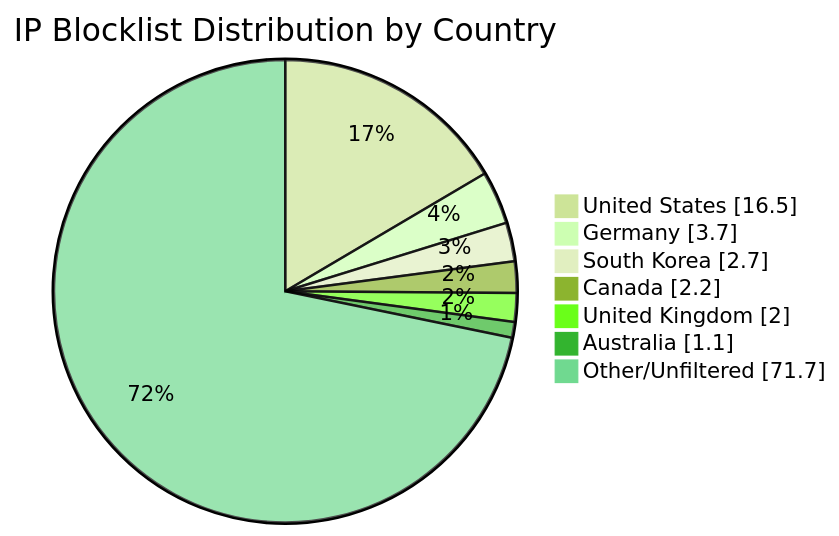
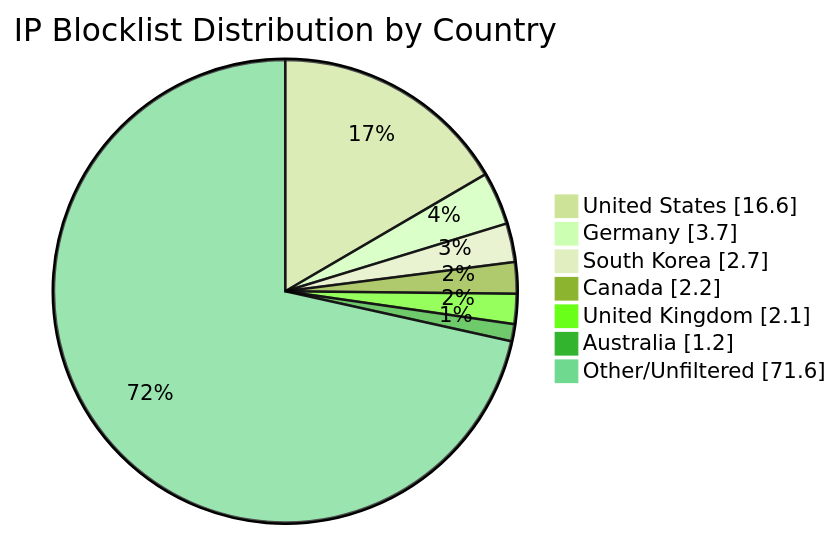
One commit to MarcusHoltz/ipblocklist-geofiltered-aggregator changed the diagram in README.md. Above: the diagram before and after it, drawn with Mermaid (forest theme). The commit also changed other lines of this file and 9 other files, not shown here.

````diff
--- a/README.md
+++ b/README.md
@@ -34,10 +34,10 @@
 ```mermaid
 pie showData title IP Blocklist Distribution by Country
-"United States" : 16.5
+"United States" : 16.6
 "Germany" : 3.7
 "South Korea" : 2.7
 "Canada" : 2.2
-"United Kingdom" : 2.0
-"Australia" : 1.1
-"Other/Unfiltered" : 71.7
+"United Kingdom" : 2.1
+"Australia" : 1.2
+"Other/Unfiltered" : 71.6
 ```
````
